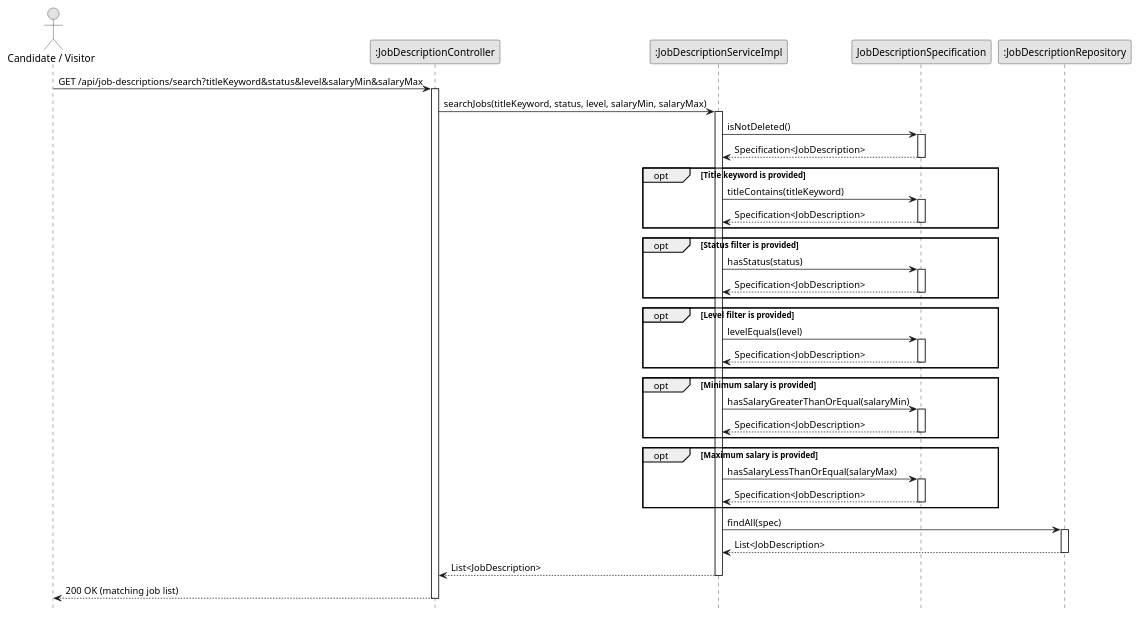
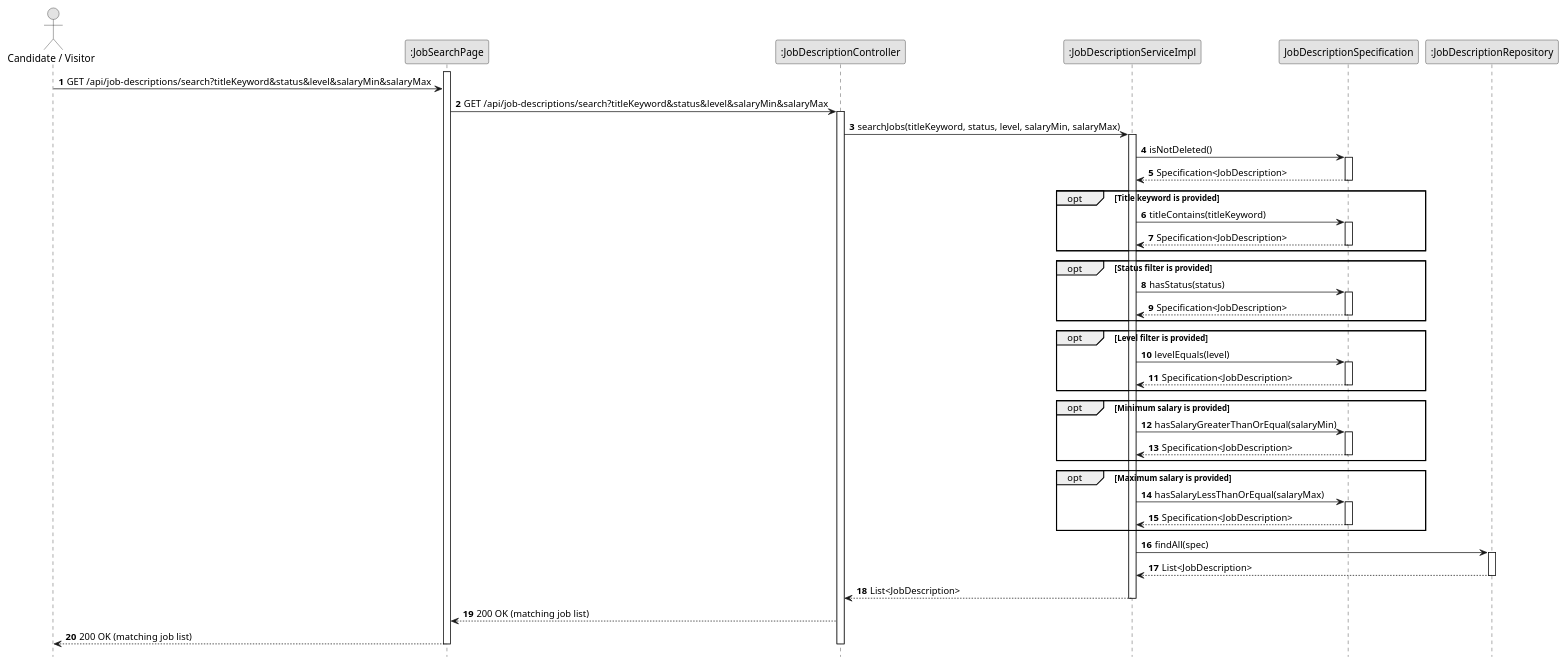
One commit to Kdz198/Inblue changed the diagram in diagram/sequence/sequence-3.3.2.1.puml. Above: the diagram before and after it, drawn with PlantUML. The commit also changed 35 other files, not shown here.

Commit message:
feat: update sequence diagrams to include client interactions and improve clarity

```diff
--- a/diagram/sequence/sequence-3.3.2.1.puml
+++ b/diagram/sequence/sequence-3.3.2.1.puml
@@ -1,59 +1,86 @@
 @startuml SearchFilterJobDescriptionsByLevel
 skinparam monochrome true
 skinparam shadowing false
 
 ' Do not repeat participant boxes at the bottom of the diagram
 hide footbox
 
 <style>
 sequenceDiagram {
   groupHeader {
     FontStyle plain
   }
 }
 </style>
 
+autonumber
+
 actor "Candidate / Visitor" as Candidate
+participant ":JobSearchPage" as Client
 participant ":JobDescriptionController" as Controller
 participant ":JobDescriptionServiceImpl" as Service
 participant "JobDescriptionSpecification" as Spec
 participant ":JobDescriptionRepository" as Repo
 
-Candidate -> Controller ++ : GET /api/job-descriptions/search?titleKeyword&status&level&salaryMin&salaryMax
-Controller -> Service ++ : searchJobs(titleKeyword, status, level, salaryMin, salaryMax)
+activate Client
 
-Service -> Spec ++ : isNotDeleted()
-Spec --> Service -- : Specification<JobDescription>
+Candidate -> Client : GET /api/job-descriptions/search?titleKeyword&status&level&salaryMin&salaryMax
+Client -> Controller : GET /api/job-descriptions/search?titleKeyword&status&level&salaryMin&salaryMax
+activate Controller
+Controller -> Service : searchJobs(titleKeyword, status, level, salaryMin, salaryMax)
+activate Service
+
+Service -> Spec : isNotDeleted()
+activate Spec
+Spec --> Service : Specification<JobDescription>
+deactivate Spec
 
 opt Title keyword is provided
-    Service -> Spec ++ : titleContains(titleKeyword)
-    Spec --> Service -- : Specification<JobDescription>
+    Service -> Spec : titleContains(titleKeyword)
+    activate Spec
+    Spec --> Service : Specification<JobDescription>
+    deactivate Spec
 end
 
 opt Status filter is provided
-    Service -> Spec ++ : hasStatus(status)
-    Spec --> Service -- : Specification<JobDescription>
+    Service -> Spec : hasStatus(status)
+    activate Spec
+    Spec --> Service : Specification<JobDescription>
+    deactivate Spec
 end
 
 opt Level filter is provided
-    Service -> Spec ++ : levelEquals(level)
-    Spec --> Service -- : Specification<JobDescription>
+    Service -> Spec : levelEquals(level)
+    activate Spec
+    Spec --> Service : Specification<JobDescription>
+    deactivate Spec
 end
 
 opt Minimum salary is provided
-    Service -> Spec ++ : hasSalaryGreaterThanOrEqual(salaryMin)
-    Spec --> Service -- : Specification<JobDescription>
+    Service -> Spec : hasSalaryGreaterThanOrEqual(salaryMin)
+    activate Spec
+    Spec --> Service : Specification<JobDescription>
+    deactivate Spec
 end
 
 opt Maximum salary is provided
-    Service -> Spec ++ : hasSalaryLessThanOrEqual(salaryMax)
-    Spec --> Service -- : Specification<JobDescription>
+    Service -> Spec : hasSalaryLessThanOrEqual(salaryMax)
+    activate Spec
+    Spec --> Service : Specification<JobDescription>
+    deactivate Spec
 end
 
-Service -> Repo ++ : findAll(spec)
-Repo --> Service -- : List<JobDescription>
+Service -> Repo : findAll(spec)
+activate Repo
+Repo --> Service : List<JobDescription>
+deactivate Repo
 
-Service --> Controller -- : List<JobDescription>
-Controller --> Candidate -- : 200 OK (matching job list)
+Service --> Controller : List<JobDescription>
+deactivate Service
+Controller --> Client : 200 OK (matching job list)
+Client --> Candidate : 200 OK (matching job list)
+deactivate Controller
+
+deactivate Client
 
 @enduml
```
